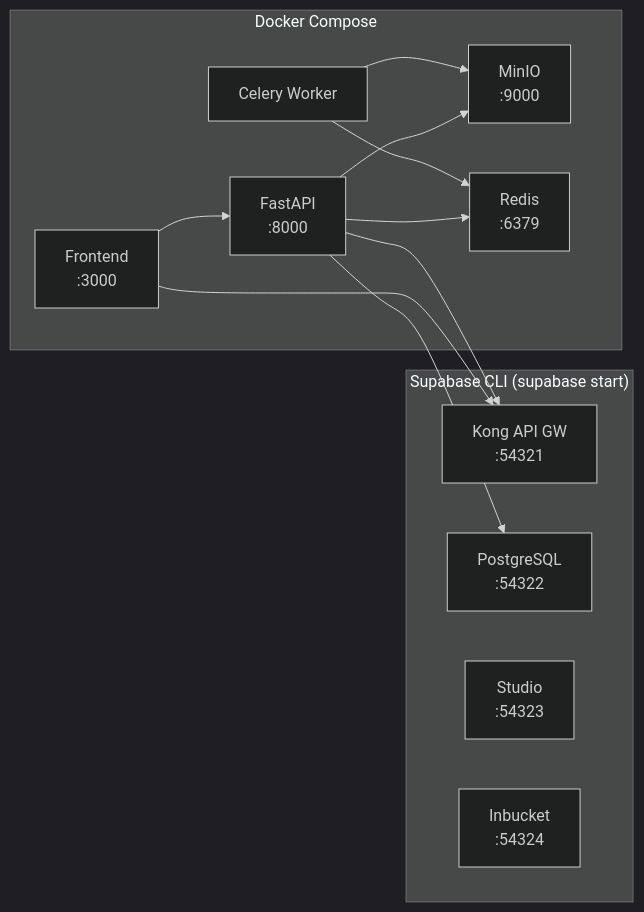
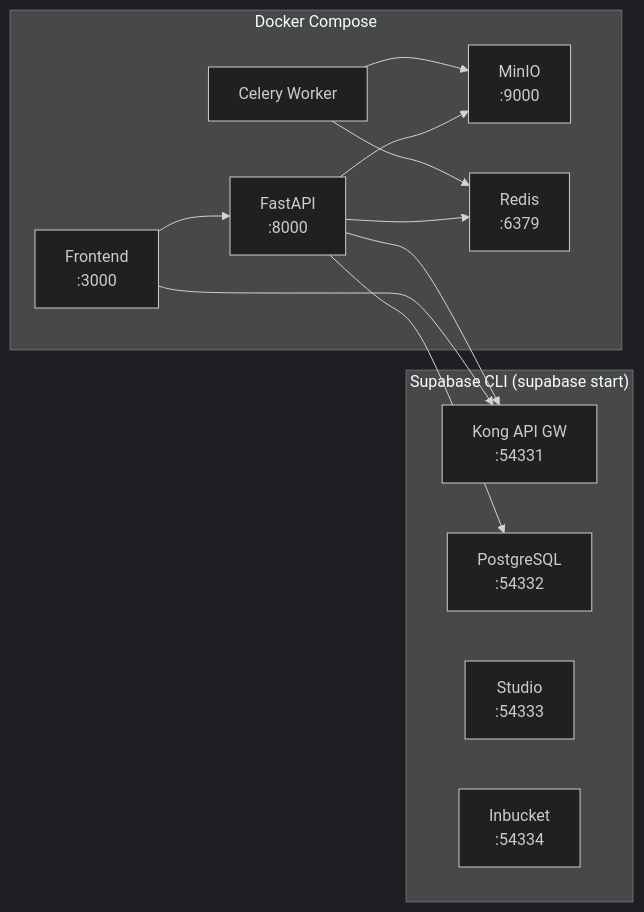
The second of 6 diagrams in docs/design/02_infrastructure.md (hexylab/argus), drawn with Mermaid (dark theme) before and after one commit. The commit also changed other lines of this file and 4 other files, not shown here.

````diff
--- a/docs/design/02_infrastructure.md
+++ b/docs/design/02_infrastructure.md
@@ -47,26 +47,26 @@
 ```mermaid
 flowchart LR
     subgraph SupabaseCLI["Supabase CLI (supabase start)"]
-        Kong["Kong API GW<br/>:54321"]
-        DB["PostgreSQL<br/>:54322"]
-        StudioLocal["Studio<br/>:54323"]
-        Inbucket["Inbucket<br/>:54324"]
+        Kong["Kong API GW<br/>:54331"]
+        DB["PostgreSQL<br/>:54332"]
+        StudioLocal["Studio<br/>:54333"]
+        Inbucket["Inbucket<br/>:54334"]
     end
 
     subgraph DockerCompose["Docker Compose"]
         FE["Frontend<br/>:3000"]
         API["FastAPI<br/>:8000"]
         Worker["Celery Worker"]
         MinIO["MinIO<br/>:9000"]
         Redis["Redis<br/>:6379"]
     end
 
     FE --> Kong
     FE --> API
     API --> Kong
     API --> DB
     API --> MinIO
     API --> Redis
     Worker --> Redis
     Worker --> MinIO
 ```
````
